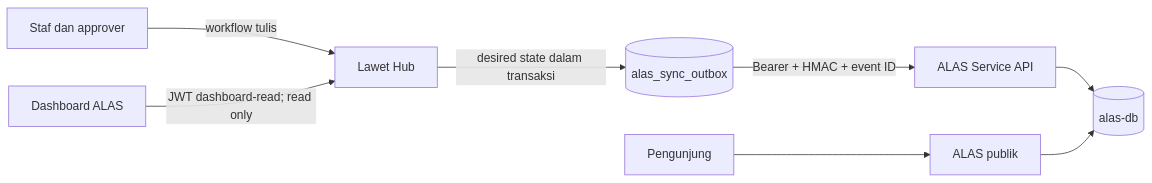
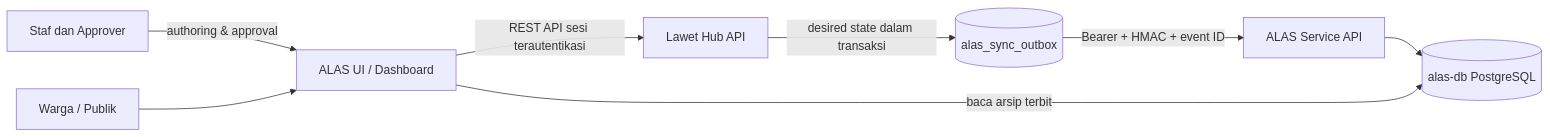
One commit to MohammadNasrullohh/etalase changed the diagram in README.md. Above: the diagram before and after it, drawn with Mermaid. The commit also changed other lines of this file, not shown here.

Commit message:
docs: perbarui README.md selaras dengan struktur dokumen baru dan ADR-0005

````diff
--- a/README.md
+++ b/README.md
@@ -13,10 +13,10 @@
 ```mermaid
 flowchart LR
-    Staff[Staf dan approver] -->|workflow tulis| Lawet[Lawet Hub]
+    Staff[Staf dan Approver] -->|authoring & approval| Web[ALAS UI / Dashboard]
+    Web -->|REST API sesi terautentikasi| Lawet[Lawet Hub API]
     Lawet -->|desired state dalam transaksi| Outbox[(alas_sync_outbox)]
     Outbox -->|Bearer + HMAC + event ID| Service[ALAS Service API]
-    Service --> Projection[(alas-db)]
-    Public[Pengunjung] --> Web[ALAS publik]
-    Web --> Projection
-    Dashboard[Dashboard ALAS] -->|JWT dashboard-read; read only| Lawet
+    Service --> Projection[(alas-db PostgreSQL)]
+    Public[Warga / Publik] --> Web
+    Web -->|baca arsip terbit| Projection
 ```
````
